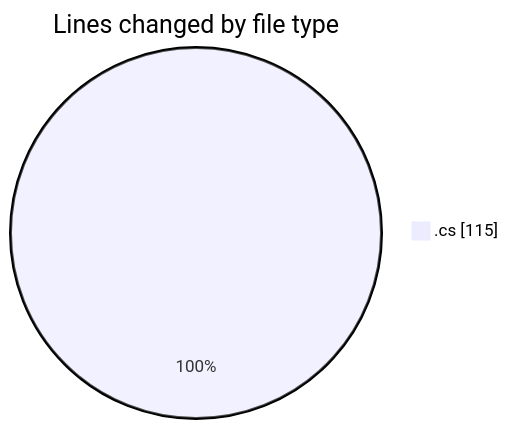
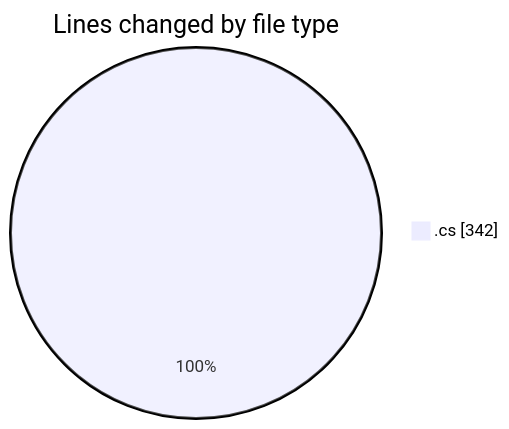
One commit to Netris89/code-tracking changed the first of 2 diagrams in 2025-04-09/back-end/README.md. Above: the diagram before and after it, drawn with Mermaid. The commit also changed other lines of this file and 1 other file, not shown here.

````diff
--- a/2025-04-09/back-end/README.md
+++ b/2025-04-09/back-end/README.md
@@ -20,5 +21,5 @@
 ```mermaid
 pie showData
 title Lines changed by file type
-".cs" : 115
+".cs" : 342
 ```
````
